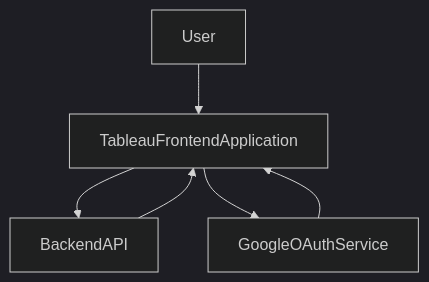
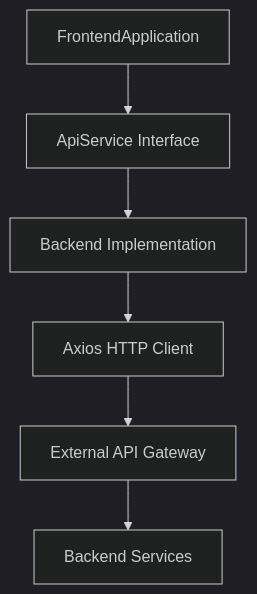
One commit to test-company-prowiz/tableau-frontend changed the diagram in docs/REPOSITORY_OVERVIEW.md. Above: the diagram before and after it, drawn with Mermaid (dark theme). The commit also changed other lines of this file and 1 other file, not shown here.

````diff
--- a/docs/REPOSITORY_OVERVIEW.md
+++ b/docs/REPOSITORY_OVERVIEW.md
@@ -45,8 +37,8 @@
 ```mermaid
 graph TD
-User[User] --> TableauFrontendApplication[TableauFrontendApplication];
-TableauFrontendApplication --> BackendAPI[BackendAPI];
-TableauFrontendApplication --> GoogleOAuthService[GoogleOAuthService];
-BackendAPI --> TableauFrontendApplication;
-GoogleOAuthService --> TableauFrontendApplication;
+FrontendApplication --> ApiService[ApiService Interface]
+ApiService --> BackendImpl[Backend Implementation]
+BackendImpl --> AxiosHttpClient[Axios HTTP Client]
+AxiosHttpClient --> ExternalApiGateway[External API Gateway]
+ExternalApiGateway --> BackendServices[Backend Services]
 ```
````
